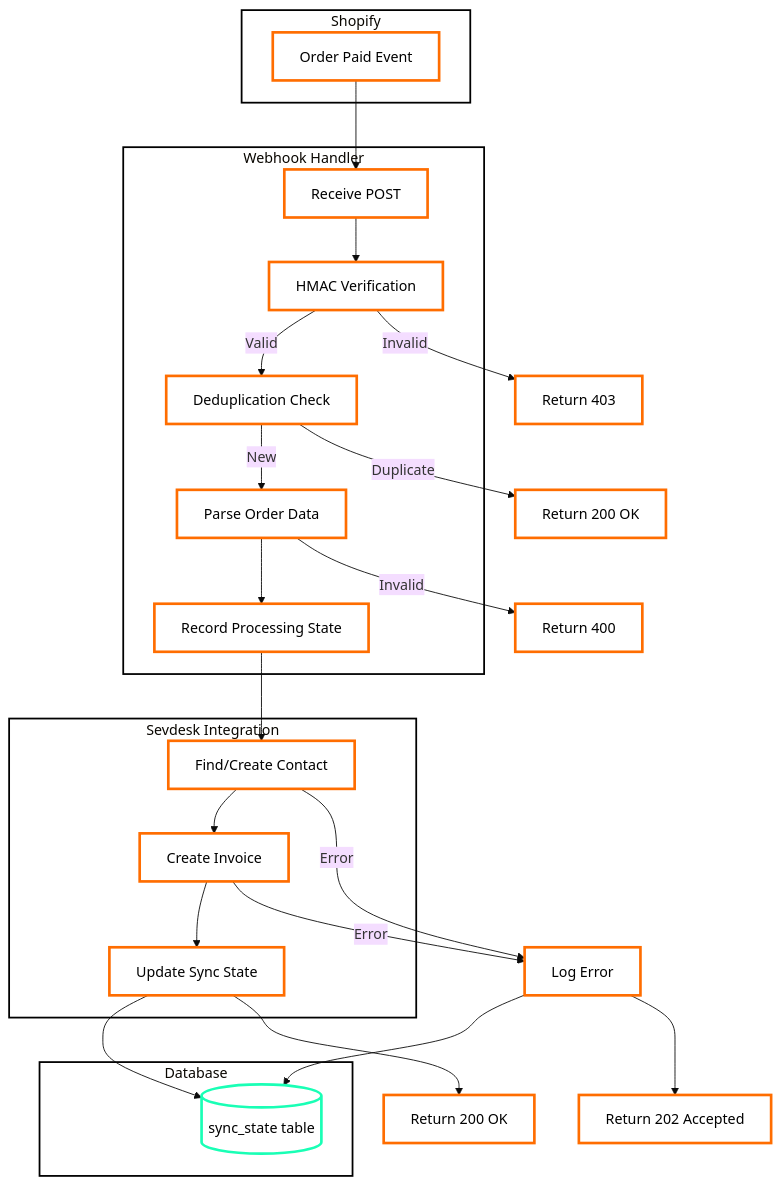
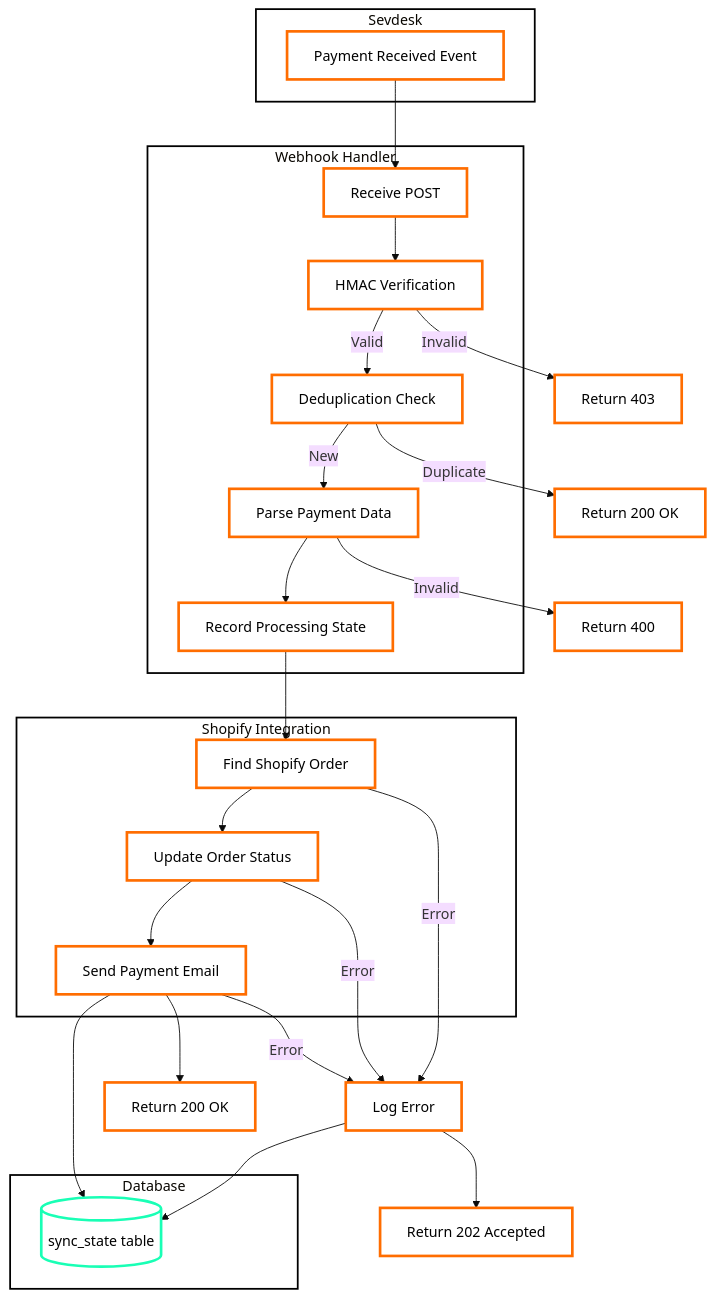
One commit to audiophil-dev/sevdesk-shopify-connector changed the second of 8 diagrams in workspace/docs/knowledge/architecture-diagrams.md. Above: the diagram before and after it, drawn with Mermaid (base theme). The commit also changed other lines of this file and 3 other files, not shown here.

First line of the commit message:
fix: correct primary flow to Sevdesk → Shopify with payment notifications

````diff
--- a/workspace/docs/knowledge/architecture-diagrams.md
+++ b/workspace/docs/knowledge/architecture-diagrams.md
@@ -53,61 +54,62 @@
 ```mermaid
 graph TD
-    %% Detailed Webhook Flow
+    %% Detailed Payment Notification Flow
     
-    subgraph Shopify ["Shopify"]
-        OrderPaid[Order Paid Event]
+    subgraph Sevdesk ["Sevdesk"]
+        PaymentReceived[Payment Received Event]
     end
-    style Shopify fill:#ffffff,stroke:#000000,stroke-width:2px
+    style Sevdesk fill:#ffffff,stroke:#000000,stroke-width:2px
     
     subgraph WebhookHandler ["Webhook Handler"]
         Receive[Receive POST]
         HMAC[HMAC Verification]
         Dedup[Deduplication Check]
-        Parse[Parse Order Data]
+        Parse[Parse Payment Data]
         State[Record Processing State]
     end
     style WebhookHandler fill:#ffffff,stroke:#000000,stroke-width:2px
     
-    subgraph SevdeskIntegration ["Sevdesk Integration"]
-        FindContact[Find/Create Contact]
-        CreateInvoice[Create Invoice]
-        UpdateState[Update Sync State]
+    subgraph ShopifyIntegration ["Shopify Integration"]
+        FindOrder[Find Shopify Order]
+        UpdateStatus[Update Order Status]
+        SendEmail[Send Payment Email]
     end
-    style SevdeskIntegration fill:#ffffff,stroke:#000000,stroke-width:2px
+    style ShopifyIntegration fill:#ffffff,stroke:#000000,stroke-width:2px
     
     subgraph Database ["Database"]
         SyncState[(sync_state table)]
     end
     style Database fill:#ffffff,stroke:#000000,stroke-width:2px
     
-    OrderPaid --> Receive
+    PaymentReceived --> Receive
     Receive --> HMAC
     HMAC -- "Valid" --> Dedup
     HMAC -- "Invalid" --> Reject403[Return 403]
     Dedup -- "New" --> Parse
     Dedup -- "Duplicate" --> Return200[Return 200 OK]
     Parse --> State
-    State --> FindContact
-    FindContact --> CreateInvoice
-    CreateInvoice --> UpdateState
-    UpdateState --> SyncState
-    UpdateState --> Success200[Return 200 OK]
+    State --> FindOrder
+    FindOrder --> UpdateStatus
+    UpdateStatus --> SendEmail
+    SendEmail --> SyncState
+    SendEmail --> Success200[Return 200 OK]
     
     %% Error Paths
     Parse -- "Invalid" --> Return400[Return 400]
-    FindContact -- "Error" --> LogError[Log Error]
-    CreateInvoice -- "Error" --> LogError
+    FindOrder -- "Error" --> LogError[Log Error]
+    UpdateStatus -- "Error" --> LogError
+    SendEmail -- "Error" --> LogError
     LogError --> SyncState
     LogError --> Return202[Return 202 Accepted]
     
     %% Classes
-    class OrderPaid software;
+    class PaymentReceived software;
     class Receive,HMAC,Dedup,Parse,State software;
-    class FindContact,CreateInvoice,UpdateState software;
+    class FindOrder,UpdateStatus,SendEmail software;
     class SyncState files;
     class Reject403,Return200,Return400,Return202,Success200,LogError software;
     
     %% Class Definitions
     classDef software fill:#ffffff,stroke:#ff6d00,stroke-width:3px,color:#000;
     classDef files fill:#ffffff,stroke:#19ffb5,stroke-width:3px,color:#000;
 ```
````
